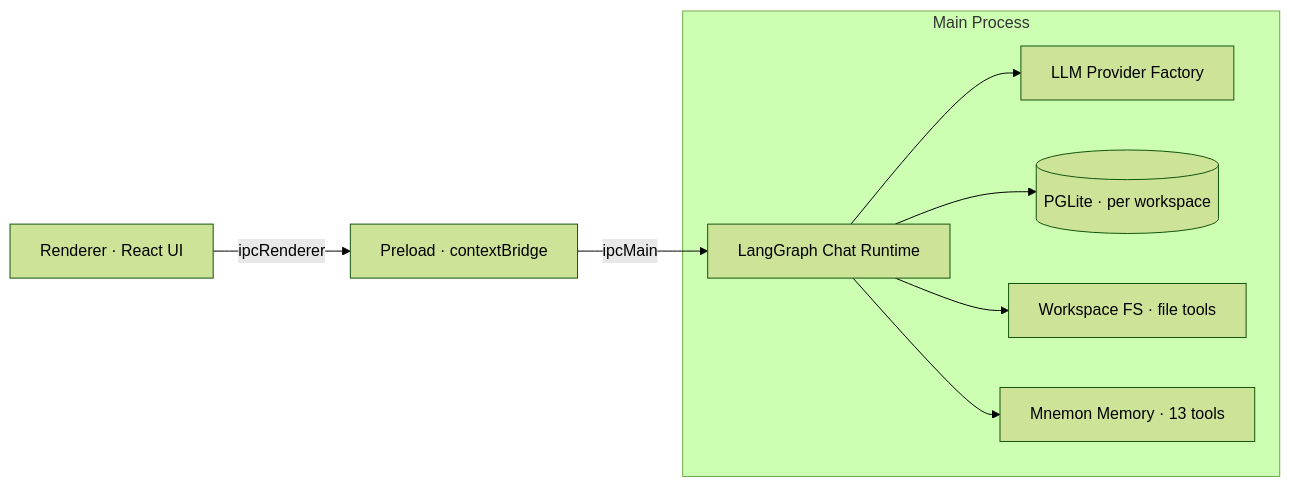
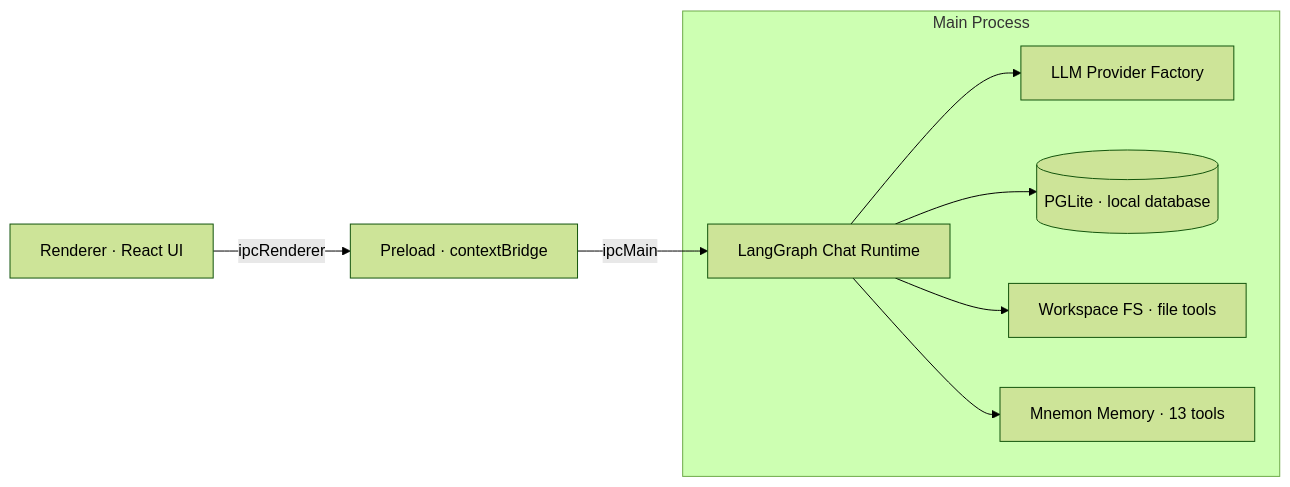
The diagram in README.md (Aitenry/RytenBench), drawn with Mermaid (forest theme) before and after one commit. The commit also changed other lines of this file and 18 other files, not shown here.

````diff
--- a/README.md
+++ b/README.md
@@ -286,13 +286,13 @@
 ```mermaid
 flowchart LR
     R["Renderer · React UI"] -->|ipcRenderer| P["Preload · contextBridge"]
 
     subgraph Main["Main Process"]
         RT["LangGraph Chat Runtime"] --> LLM["LLM Provider Factory"]
-        RT --> DB[("PGLite · per workspace")]
+        RT --> DB[("PGLite · local database")]
         RT --> FS["Workspace FS · file tools"]
         RT --> MEM["Mnemon Memory · 13 tools"]
     end
 
     P -->|ipcMain| RT
 ```
````
